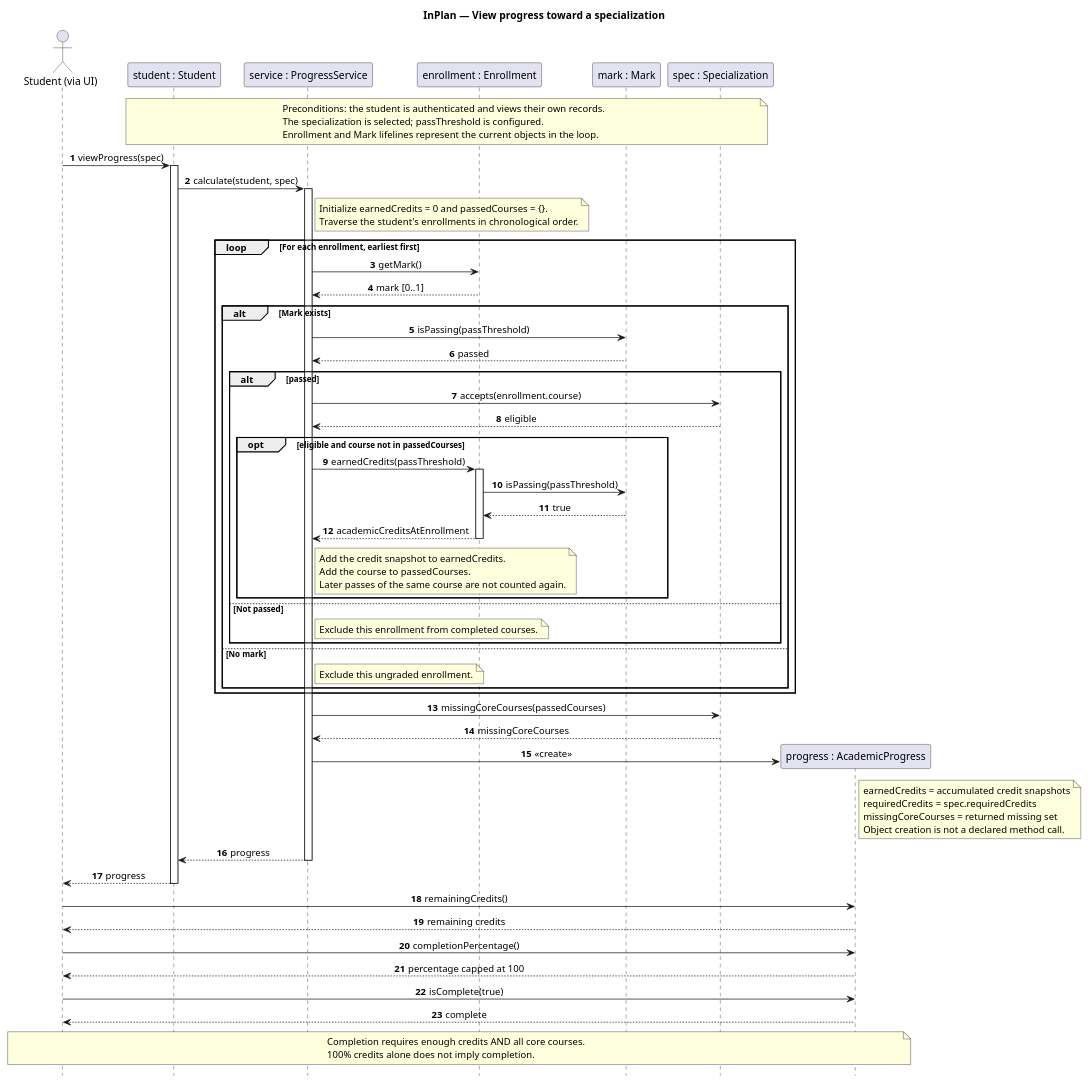
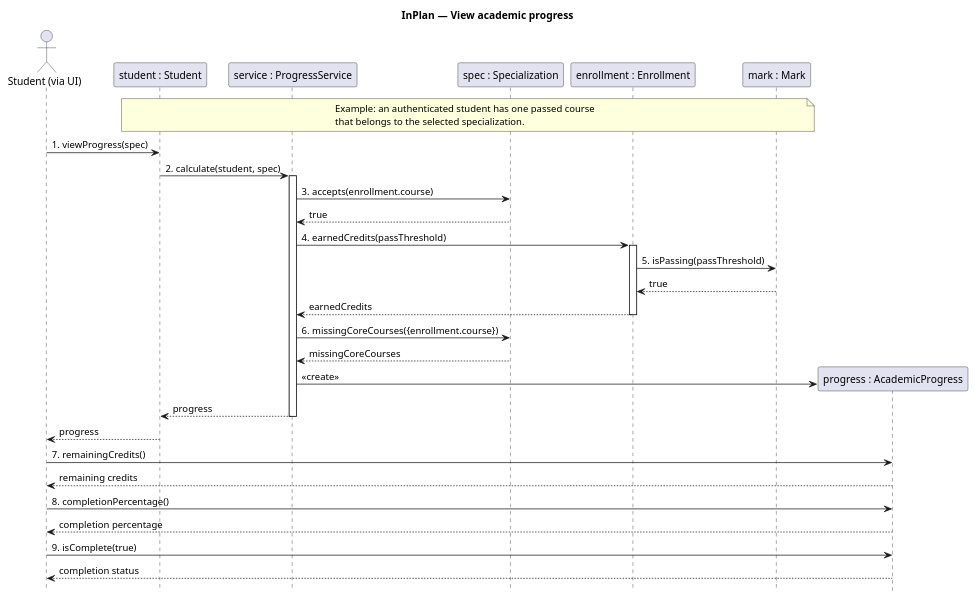
Before and after one commit to InnoSoftwareArchitectureTeam/main: the diagram in lab7/sequence-diagram.puml, drawn with PlantUML. The commit also changed 3 other files, not shown here.

Commit message:
Simplify lab 7 to a single academic progress scenario

```diff
--- a/lab7/sequence-diagram.puml
+++ b/lab7/sequence-diagram.puml
@@ -1,86 +1,45 @@
 @startuml InPlan_Academic_Progress
-title InPlan — View progress toward a specialization
+title InPlan — View academic progress
 hide footbox
-autonumber
 skinparam shadowing false
 skinparam defaultFontName SansSerif
-skinparam sequenceMessageAlign center
 
 actor "Student (via UI)" as User
 participant "student : Student" as Student
 participant "service : ProgressService" as Service
+participant "spec : Specialization" as Spec
 participant "enrollment : Enrollment" as Enrollment
 participant "mark : Mark" as Mark
-participant "spec : Specialization" as Spec
 
-note over Student, Spec
-  Preconditions: the student is authenticated and views their own records.
-  The specialization is selected; passThreshold is configured.
-  Enrollment and Mark lifelines represent the current objects in the loop.
+note over Student, Mark
+  Example: an authenticated student has one passed course
+  that belongs to the selected specialization.
 end note
 
-User -> Student : viewProgress(spec)
-activate Student
-Student -> Service : calculate(student, spec)
+User -> Student : 1. viewProgress(spec)
+Student -> Service : 2. calculate(student, spec)
 activate Service
-note right of Service
-  Initialize earnedCredits = 0 and passedCourses = {}.
-  Traverse the student's enrollments in chronological order.
-end note
+Service -> Spec : 3. accepts(enrollment.course)
+Spec --> Service : true
+Service -> Enrollment : 4. earnedCredits(passThreshold)
+activate Enrollment
+Enrollment -> Mark : 5. isPassing(passThreshold)
+Mark --> Enrollment : true
+Enrollment --> Service : earnedCredits
+deactivate Enrollment
+Service -> Spec : 6. missingCoreCourses({enrollment.course})
+Spec --> Service : missingCoreCourses
 
-loop For each enrollment, earliest first
-  Service -> Enrollment : getMark()
-  Enrollment --> Service : mark [0..1]
-  alt Mark exists
-    Service -> Mark : isPassing(passThreshold)
-    Mark --> Service : passed
-    alt passed
-      Service -> Spec : accepts(enrollment.course)
-      Spec --> Service : eligible
-      opt eligible and course not in passedCourses
-        Service -> Enrollment : earnedCredits(passThreshold)
-        activate Enrollment
-        Enrollment -> Mark : isPassing(passThreshold)
-        Mark --> Enrollment : true
-        Enrollment --> Service : academicCreditsAtEnrollment
-        deactivate Enrollment
-        note right of Service
-          Add the credit snapshot to earnedCredits.
-          Add the course to passedCourses.
-          Later passes of the same course are not counted again.
-        end note
-      end
-    else Not passed
-      note right of Service : Exclude this enrollment from completed courses.
-    end
-  else No mark
-    note right of Service : Exclude this ungraded enrollment.
-  end
-end
-
-Service -> Spec : missingCoreCourses(passedCourses)
-Spec --> Service : missingCoreCourses
 create participant "progress : AcademicProgress" as Progress
 Service -> Progress : <<create>>
-note right of Progress
-  earnedCredits = accumulated credit snapshots
-  requiredCredits = spec.requiredCredits
-  missingCoreCourses = returned missing set
-  Object creation is not a declared method call.
-end note
 Service --> Student : progress
 deactivate Service
 Student --> User : progress
-deactivate Student
 
-User -> Progress : remainingCredits()
+User -> Progress : 7. remainingCredits()
 Progress --> User : remaining credits
-User -> Progress : completionPercentage()
-Progress --> User : percentage capped at 100
-User -> Progress : isComplete(true)
-Progress --> User : complete
-note over User, Progress
-  Completion requires enough credits AND all core courses.
-  100% credits alone does not imply completion.
-end note
+User -> Progress : 8. completionPercentage()
+Progress --> User : completion percentage
+User -> Progress : 9. isComplete(true)
+Progress --> User : completion status
 @enduml
```
